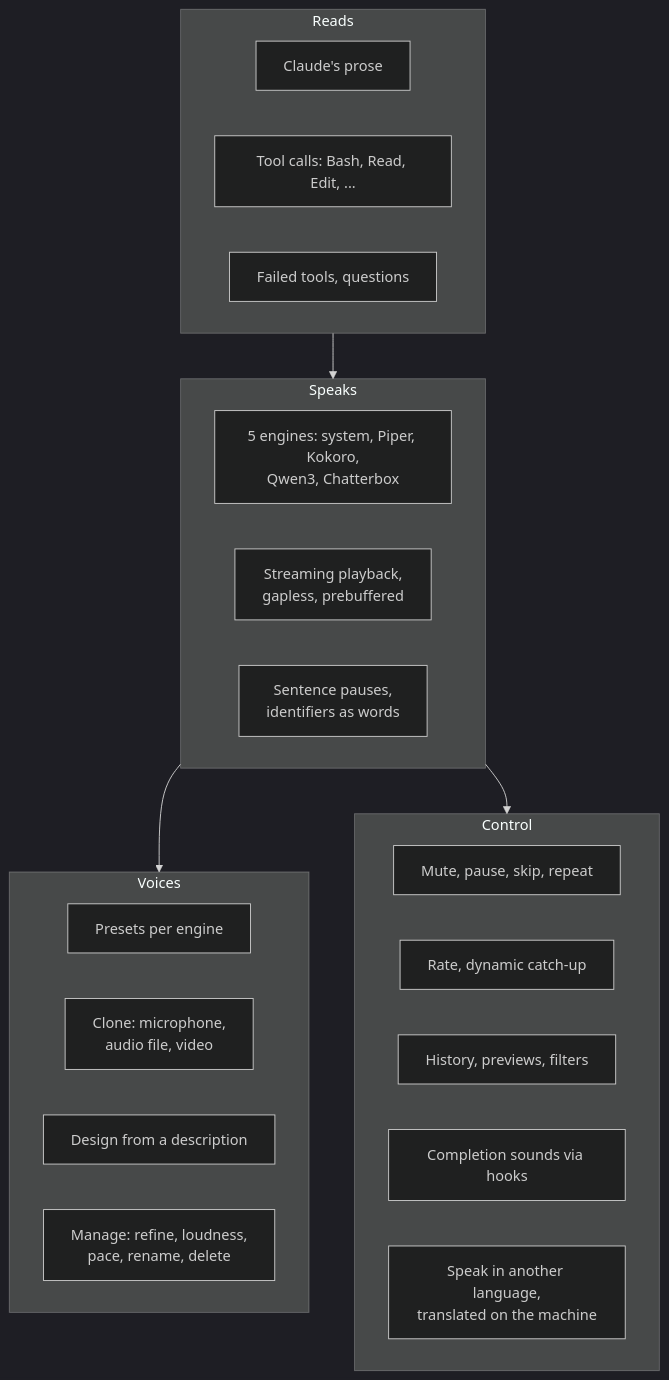
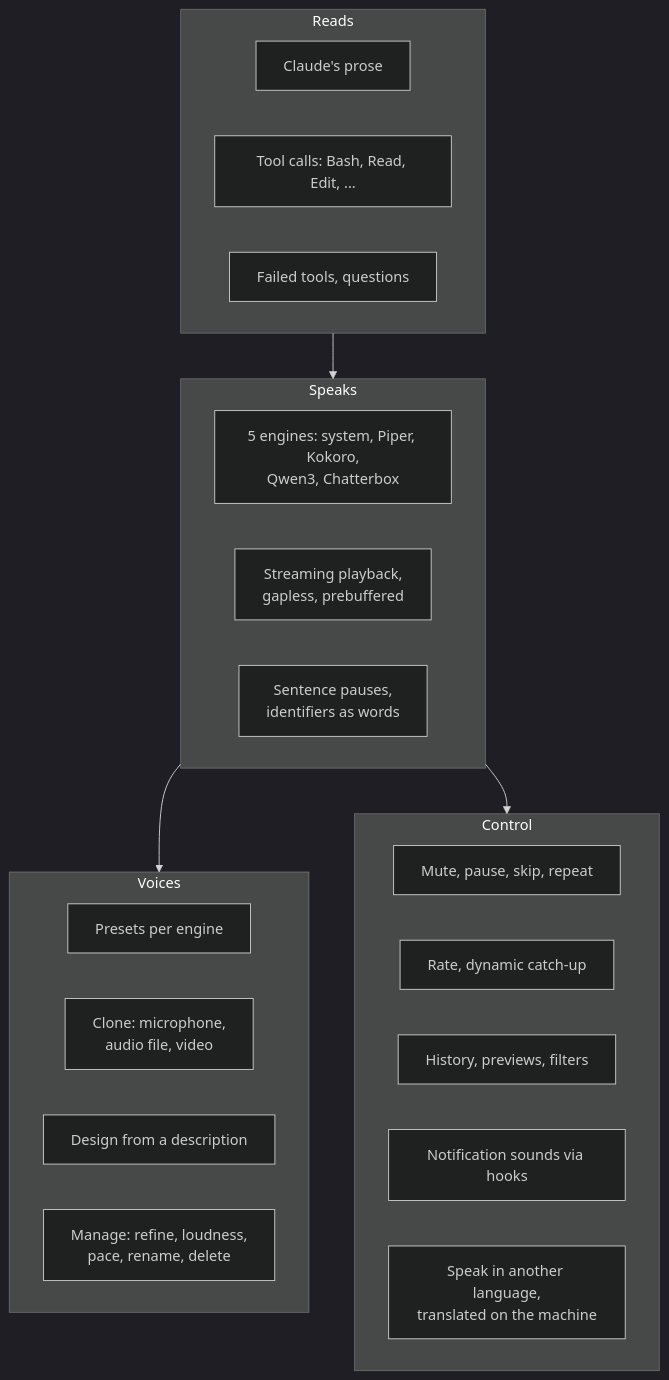
One commit to giladreich/claude-code-tts changed the first of 10 diagrams in docs/ARCHITECTURE.md. Above: the diagram before and after it, drawn with Mermaid (dark theme). The commit also changed 92 other files, not shown here.

````diff
--- a/docs/ARCHITECTURE.md
+++ b/docs/ARCHITECTURE.md
@@ -7,28 +7,28 @@
 ```mermaid
 flowchart TB
     subgraph Input["Reads"]
         I1["Claude's prose"]
         I2["Tool calls: Bash, Read, Edit, ..."]
         I3["Failed tools, questions"]
     end
     subgraph Speech["Speaks"]
         S1["5 engines: system, Piper, Kokoro,<br/>Qwen3, Chatterbox"]
         S2["Streaming playback,<br/>gapless, prebuffered"]
         S3["Sentence pauses,<br/>identifiers as words"]
     end
     subgraph Voices["Voices"]
         V1["Presets per engine"]
         V2["Clone: microphone,<br/>audio file, video"]
         V3["Design from a description"]
         V4["Manage: refine, loudness,<br/>pace, rename, delete"]
     end
     subgraph Control["Control"]
         C1["Mute, pause, skip, repeat"]
         C2["Rate, dynamic catch-up"]
         C3["History, previews, filters"]
-        C4["Completion sounds via hooks"]
+        C4["Notification sounds via hooks"]
         C5["Speak in another language,<br/>translated on the machine"]
     end
     Input --> Speech --> Voices
     Speech --> Control
 ```
````
